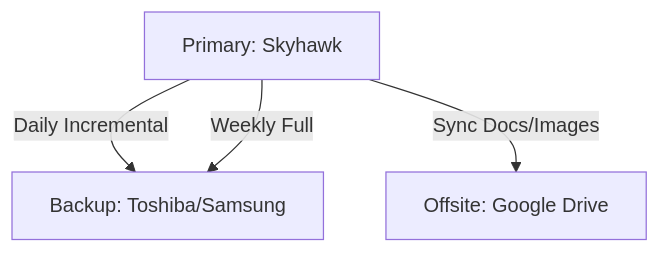
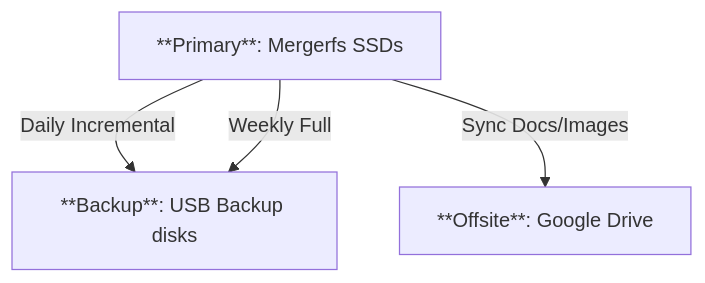
Before and after one commit to ubunatic/dotfiles: the second of 2 diagrams in homelab/docs/Storage.md, drawn with Mermaid. The commit also changed other lines of this file and 30 other files, not shown here.

````diff
--- a/homelab/docs/Storage.md
+++ b/homelab/docs/Storage.md
@@ -108,9 +114,9 @@
 ```mermaid
 graph TD
-    A[Primary: Skyhawk]
-    B[Backup: Toshiba/Samsung]
-    Google[Offsite: Google Drive]
+    A[**Primary**: Mergerfs SSDs]
+    B[**Backup**: USB Backup disks]
+    Google[**Offsite**: Google Drive]
     A -->|Daily Incremental| B
     A -->|Weekly Full| B
     A -->|Sync Docs/Images| Google
 ```
````
